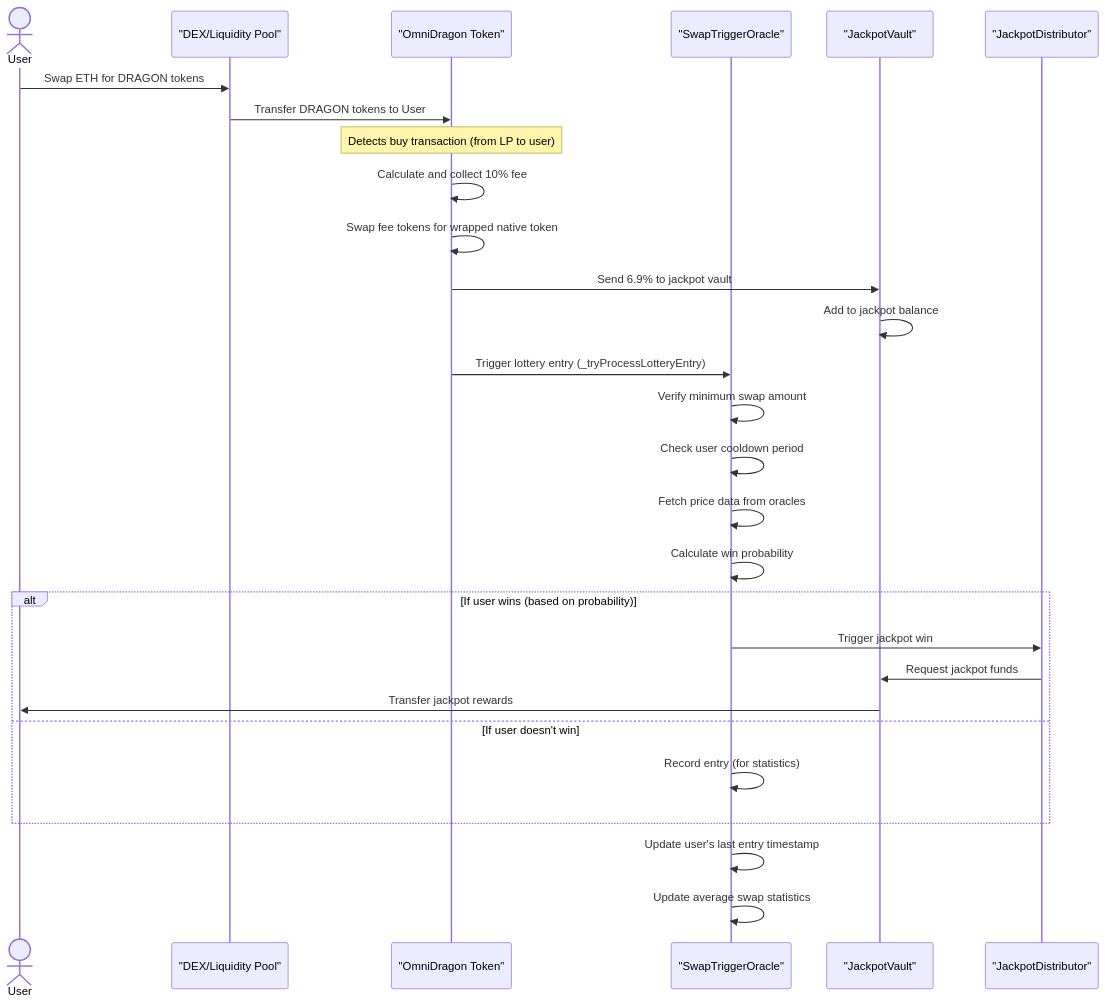
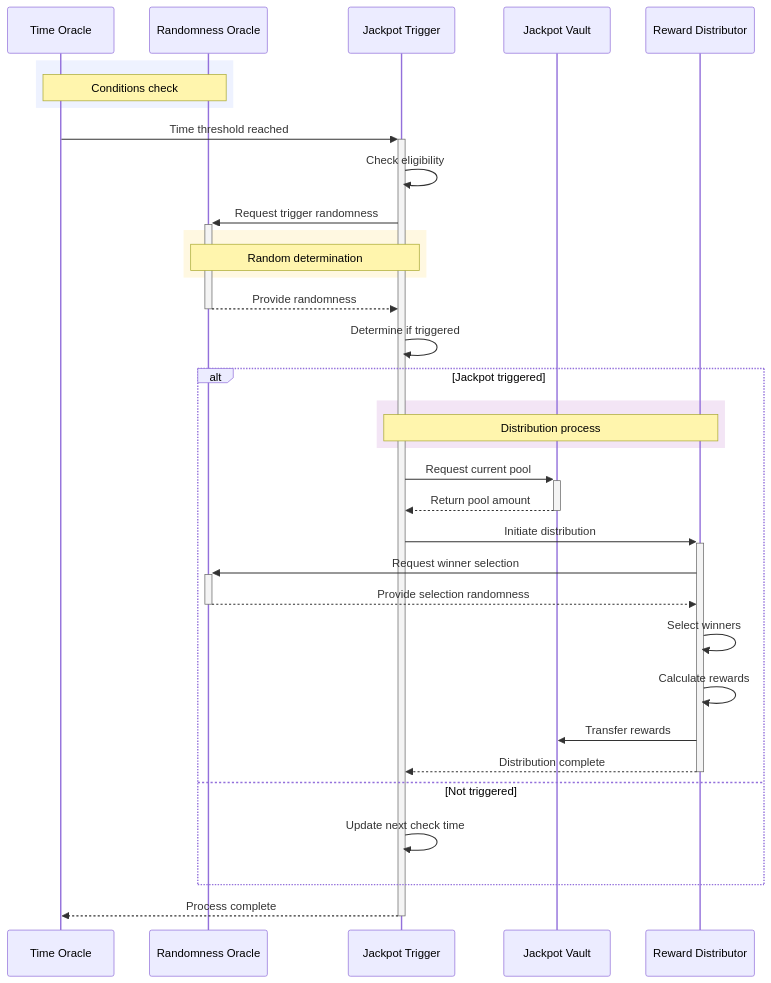
Before and after one commit to wenakita/sonicreddragon-docs: the third of 4 diagrams in docs/concepts/jackpot.md, drawn with Mermaid. The commit also changed other lines of this file and 50 other files, not shown here.

Commit message:
Fix Mermaid diagram rendering issues and Unicode corruption

````diff
--- a/docs/concepts/jackpot.md
+++ b/docs/concepts/jackpot.md
@@ -50,36 +108,44 @@
 ```mermaid
 sequenceDiagram
-    actor User
-    participant DEX as "DEX/Liquidity Pool"
-    participant Token as "OmniDragon Token"
-    participant Oracle as "SwapTriggerOracle"
-    participant Vault as "JackpotVault"
-    participant Distributor as "JackpotDistributor"
+    participant Timer as Time Oracle
+    participant VRF as Randomness Oracle
+    participant Trigger as Jackpot Trigger
+    participant Vault as Jackpot Vault
+    participant Distributor as Reward Distributor
     
-    User->>DEX: Swap ETH for DRAGON tokens
-    DEX->>Token: Transfer DRAGON tokens to User
-    
-    Note over Token: Detects buy transaction (from LP to user)
-    
-    Token->>Token: Calculate and collect 10% fee
-    Token->>Token: Swap fee tokens for wrapped native token
-    Token->>Vault: Send 6.9% to jackpot vault
-    Vault->>Vault: Add to jackpot balance
-    
-    Token->>Oracle: Trigger lottery entry (_tryProcessLotteryEntry)
-    Oracle->>Oracle: Verify minimum swap amount
-    Oracle->>Oracle: Check user cooldown period
-    Oracle->>Oracle: Fetch price data from oracles
-    Oracle->>Oracle: Calculate win probability
-    
-    alt If user wins (based on probability)
-        Oracle->>Distributor: Trigger jackpot win
-        Distributor->>Vault: Request jackpot funds
-        Vault->>User: Transfer jackpot rewards
-    else If user doesn't win
-        Oracle->>Oracle: Record entry (for statistics)
+    %% Add style regions
+    rect rgb(238, 242, 255)
+    note over Timer,VRF: Conditions check
     end
     
-    Oracle->>Oracle: Update user's last entry timestamp
-    Oracle->>Oracle: Update average swap statistics
+    Timer->>+Trigger: Time threshold reached
+    Trigger->>Trigger: Check eligibility
+    Trigger->>+VRF: Request trigger randomness
+    
+    rect rgb(255, 248, 225)
+    note over VRF,Trigger: Random determination
+    end
+    
+    VRF-->>-Trigger: Provide randomness
+    Trigger->>Trigger: Determine if triggered
+    
+    alt Jackpot triggered
+        rect rgb(243, 229, 245)
+        note over Trigger,Distributor: Distribution process
+        end
+        
+        Trigger->>+Vault: Request current pool
+        Vault-->>-Trigger: Return pool amount
+        Trigger->>+Distributor: Initiate distribution
+        Distributor->>+VRF: Request winner selection
+        VRF-->>-Distributor: Provide selection randomness
+        Distributor->>Distributor: Select winners
+        Distributor->>Distributor: Calculate rewards
+        Distributor->>Vault: Transfer rewards
+        Distributor-->>-Trigger: Distribution complete
+    else Not triggered
+        Trigger->>Trigger: Update next check time
+    end
+    
+    Trigger-->>-Timer: Process complete
 ```
````
